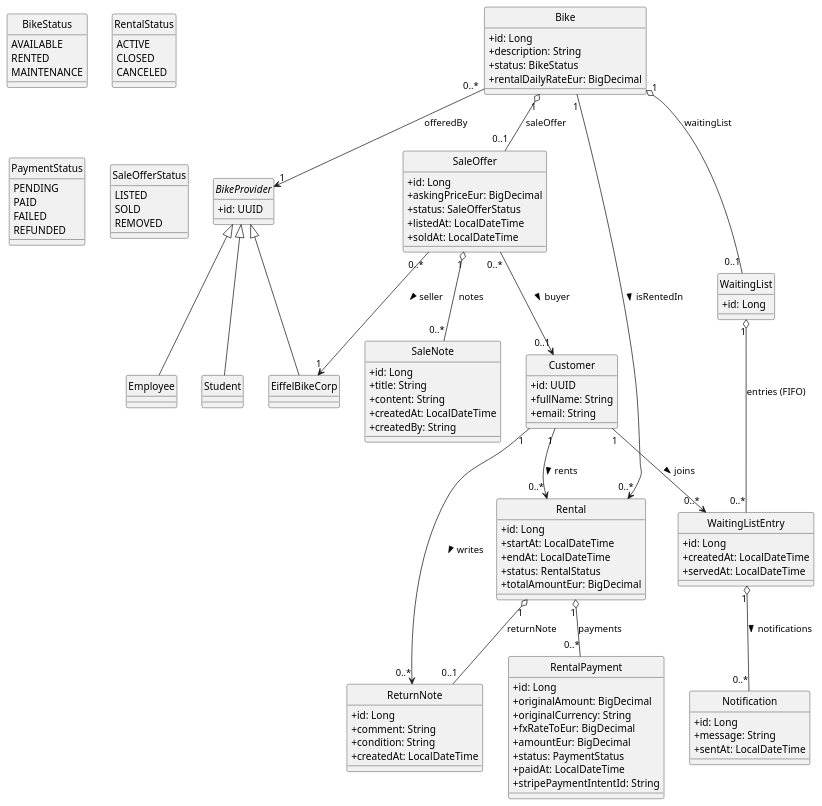
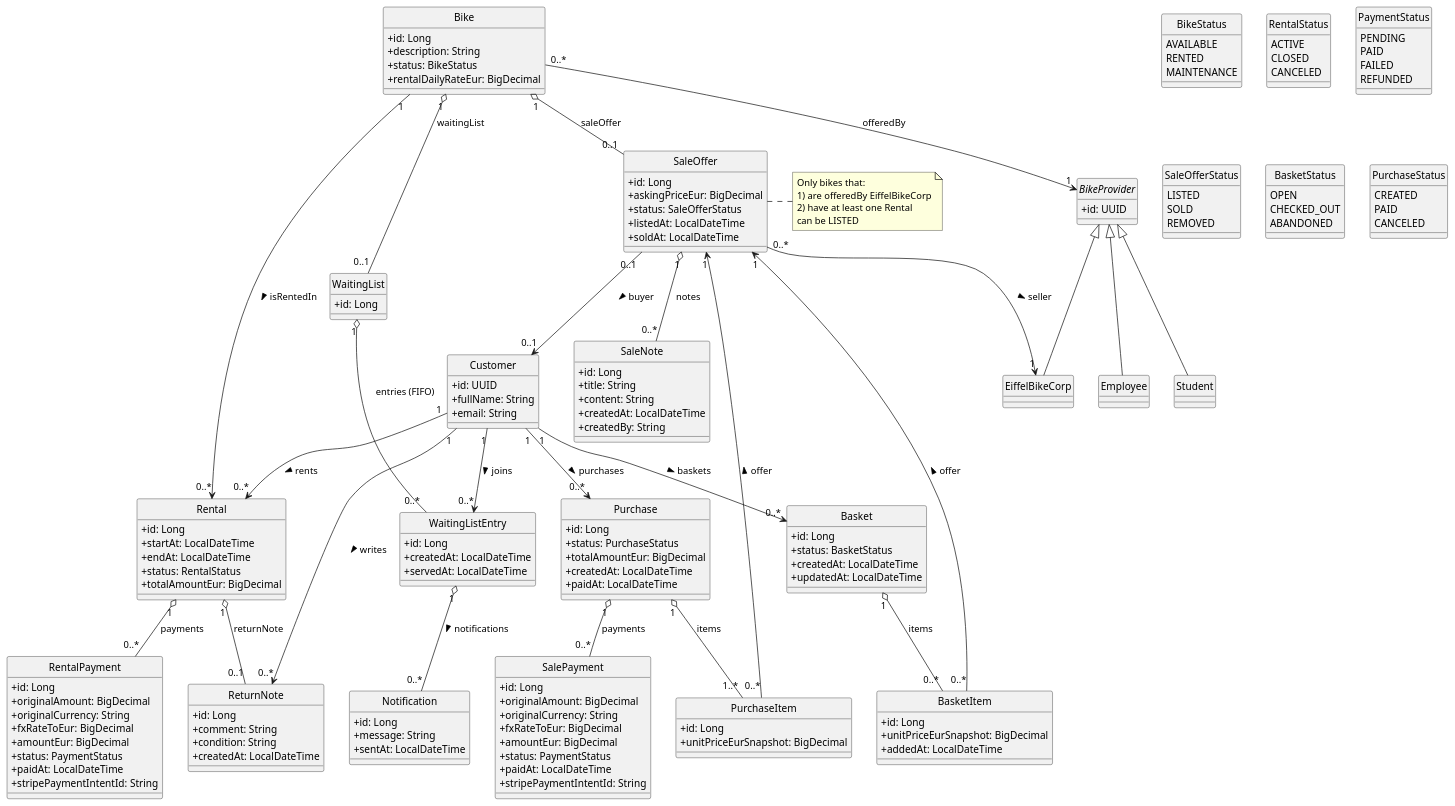
One commit to pafmoura/Eiffel-Bike-Corp changed the diagram in bike-api/class_diagram.puml. Above: the diagram before and after it, drawn with PlantUML. The commit also changed 9 other files, not shown here.

Commit message:
class diagram and entities update

```diff
--- a/bike-api/class_diagram.puml
+++ b/bike-api/class_diagram.puml
@@ -28,6 +28,18 @@
   LISTED
   SOLD
   REMOVED
+}
+
+enum BasketStatus {
+  OPEN
+  CHECKED_OUT
+  ABANDONED
+}
+
+enum PurchaseStatus {
+  CREATED
+  PAID
+  CANCELED
 }
 
 ' =========================
@@ -139,7 +151,66 @@
 
 Bike "1" o-- "0..1" SaleOffer : saleOffer
 SaleOffer "0..*" --> "1" EiffelBikeCorp : seller >
-SaleOffer "0..*" --> "0..1" Customer : buyer >
+SaleOffer "0..1" --> "0..1" Customer : buyer >
 SaleOffer "1" o-- "0..*" SaleNote : notes
 
+' =========================
+' Basket
+' =========================
+class Basket {
+  +id: Long
+  +status: BasketStatus
+  +createdAt: LocalDateTime
+  +updatedAt: LocalDateTime
+}
+
+class BasketItem {
+  +id: Long
+  +unitPriceEurSnapshot: BigDecimal
+  +addedAt: LocalDateTime
+}
+
+Customer "1" --> "0..*" Basket : baskets >
+Basket "1" o-- "0..*" BasketItem : items
+BasketItem "0..*" --> "1" SaleOffer : offer >
+
+' =========================
+' Purchase (Order)
+' =========================
+class Purchase {
+  +id: Long
+  +status: PurchaseStatus
+  +totalAmountEur: BigDecimal
+  +createdAt: LocalDateTime
+  +paidAt: LocalDateTime
+}
+
+class PurchaseItem {
+  +id: Long
+  +unitPriceEurSnapshot: BigDecimal
+}
+
+class SalePayment {
+  +id: Long
+  +originalAmount: BigDecimal
+  +originalCurrency: String
+  +fxRateToEur: BigDecimal
+  +amountEur: BigDecimal
+  +status: PaymentStatus
+  +paidAt: LocalDateTime
+  +stripePaymentIntentId: String
+}
+
+Customer "1" --> "0..*" Purchase : purchases >
+Purchase "1" o-- "1..*" PurchaseItem : items
+PurchaseItem "0..*" --> "1" SaleOffer : offer >
+Purchase "1" o-- "0..*" SalePayment : payments
+
+note right of SaleOffer
+Only bikes that:
+1) are offeredBy EiffelBikeCorp
+2) have at least one Rental
+can be LISTED
+end note
+
 @enduml
```
